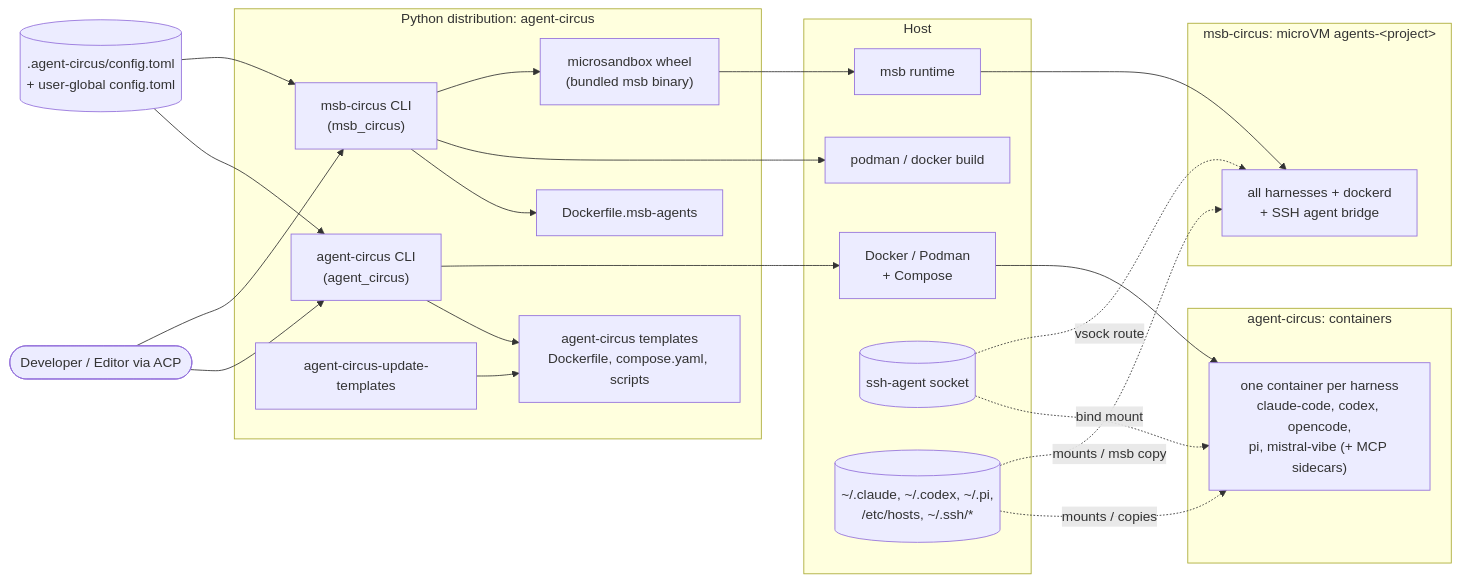
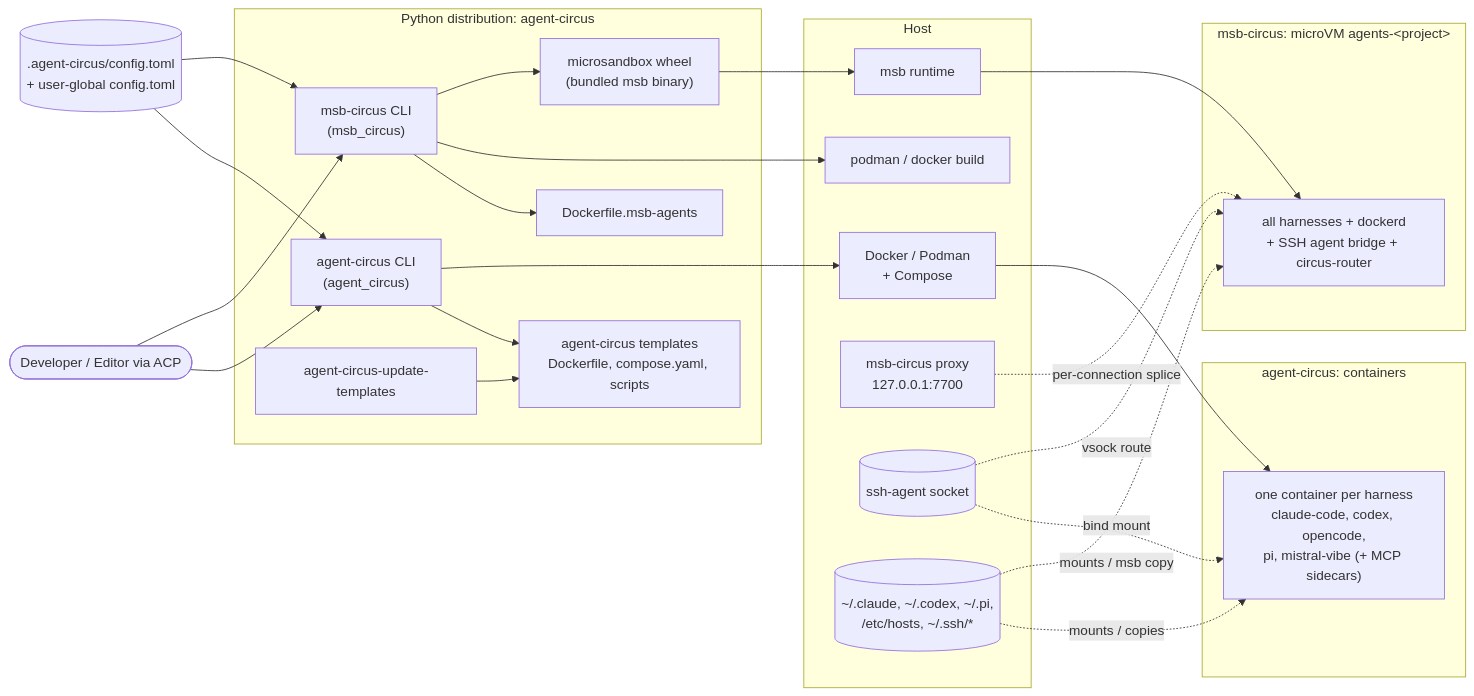
The first of 7 diagrams in ARCHITECTURE.md (Embedded-Focus/agent-circus), drawn with Mermaid before and after one commit. The commit also changed other lines of this file and 2 other files, not shown here.

First line of the commit message:
docs(msb-circus): document the central proxy

````diff
--- a/ARCHITECTURE.md
+++ b/ARCHITECTURE.md
@@ -58,45 +59,47 @@
 ```mermaid
 flowchart LR
     user([Developer / Editor via ACP])
     cfg[(".agent-circus/config.toml<br/>+ user-global config.toml")]
 
     subgraph pkg["Python distribution: agent-circus"]
         ac["agent-circus CLI<br/>(agent_circus)"]
         mc["msb-circus CLI<br/>(msb_circus)"]
         upd["agent-circus-update-templates"]
         tpl_ac["agent-circus templates<br/>Dockerfile, compose.yaml, scripts"]
         tpl_mc["Dockerfile.msb-agents"]
         msbwheel["microsandbox wheel<br/>(bundled msb binary)"]
     end
 
     subgraph host["Host"]
         engine["Docker / Podman<br/>+ Compose"]
         builder["podman / docker build"]
         msb["msb runtime"]
+        proxy["msb-circus proxy<br/>127.0.0.1:7700"]
         agent[(ssh-agent socket)]
         hostfiles[("~/.claude, ~/.codex, ~/.pi,<br/>/etc/hosts, ~/.ssh/*")]
     end
 
     subgraph containers["agent-circus: containers"]
         svc["one container per harness<br/>claude-code, codex, opencode,<br/>pi, mistral-vibe (+ MCP sidecars)"]
     end
 
     subgraph vm["msb-circus: microVM agents-&lt;project&gt;"]
-        guest["all harnesses + dockerd<br/>+ SSH agent bridge"]
+        guest["all harnesses + dockerd<br/>+ SSH agent bridge + circus-router"]
     end
 
     user --> ac
     user --> mc
     cfg --> ac
     cfg --> mc
     ac --> tpl_ac
     ac --> engine --> svc
     upd --> tpl_ac
     mc --> tpl_mc
     mc --> builder
     mc --> msbwheel --> msb --> guest
+    proxy -. per-connection splice .-> guest
     hostfiles -. mounts / copies .-> svc
     hostfiles -. mounts / msb copy .-> guest
     agent -. bind mount .-> svc
     agent -. vsock route .-> guest
 ```
````
